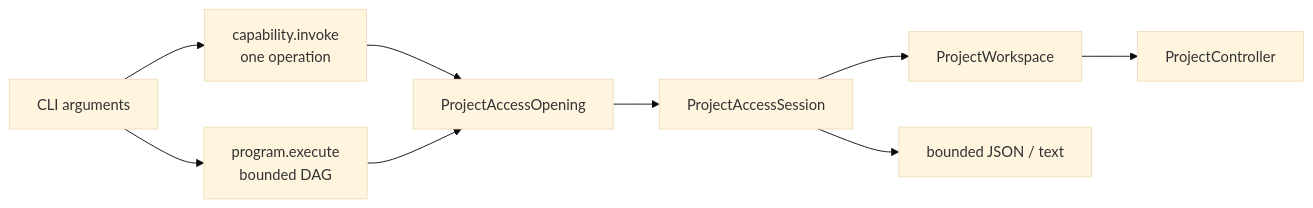
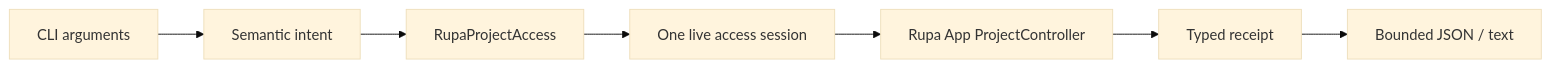
The first of 2 diagrams in RupaKit/Sources/RupaCLIKit/DESIGN.md (1amageek/Rupa), drawn with Mermaid (base theme) before and after one commit. The commit also changed other lines of this file and 133 other files, not shown here.

Commit message:
Route external access through the Rupa API

````diff
--- a/RupaKit/Sources/RupaCLIKit/DESIGN.md
+++ b/RupaKit/Sources/RupaCLIKit/DESIGN.md
@@ -61,11 +34,9 @@
 ```mermaid
 flowchart LR
-    Args["CLI arguments"] --> Simple["capability.invoke\none operation"]
-    Args --> Complex["program.execute\nbounded DAG"]
-    Simple --> Access["ProjectAccessOpening"]
-    Complex --> Access
-    Access --> Session["ProjectAccessSession"]
-    Session --> Workspace["ProjectWorkspace"]
-    Workspace --> Controller["ProjectController"]
-    Session --> Result["bounded JSON / text"]
+    Args["CLI arguments"] --> Intent["Semantic intent"]
+    Intent --> Access["RupaProjectAccess"]
+    Access --> Session["One live access session"]
+    Session --> App["Rupa App ProjectController"]
+    App --> Result["Typed receipt"]
+    Result --> Output["Bounded JSON / text"]
 ```
````
